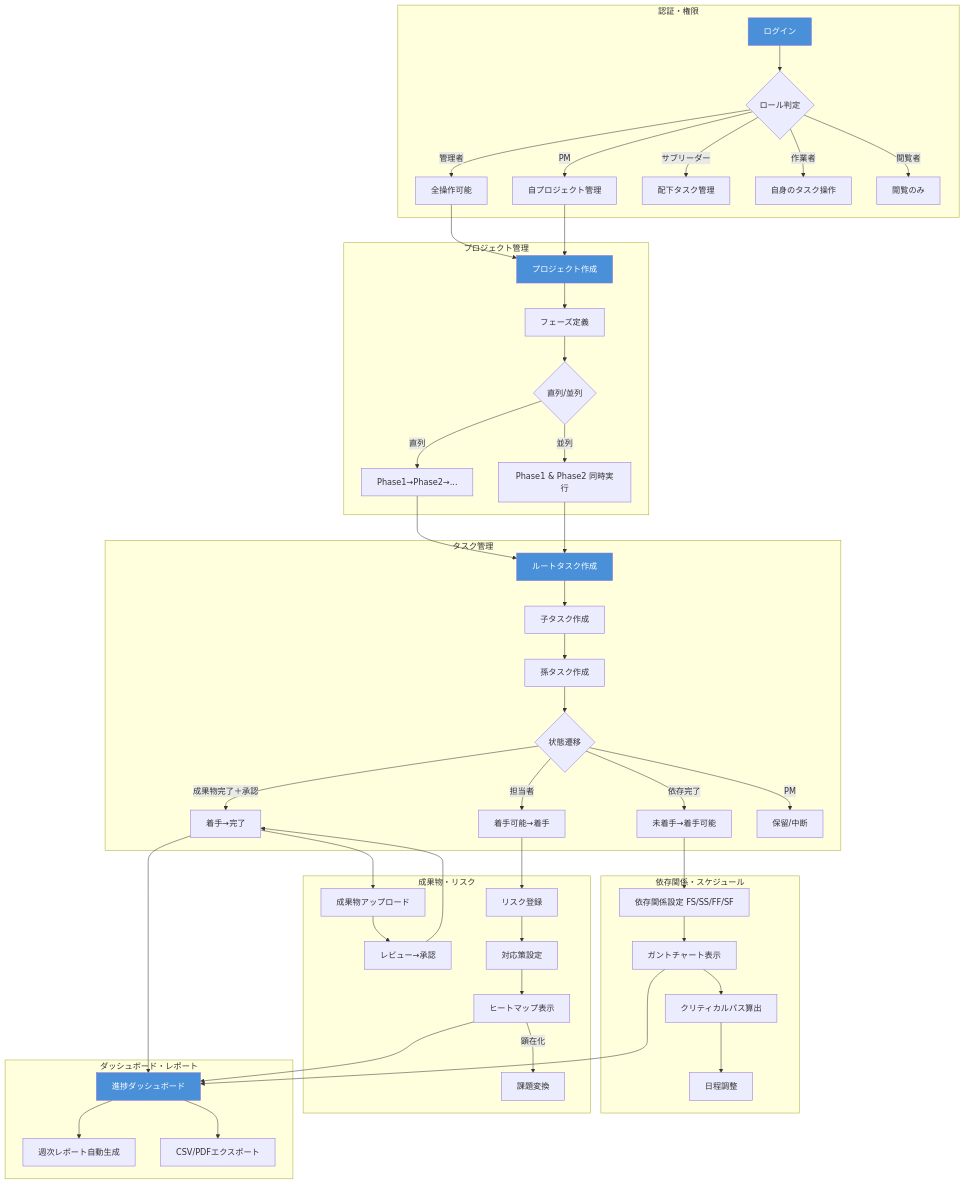
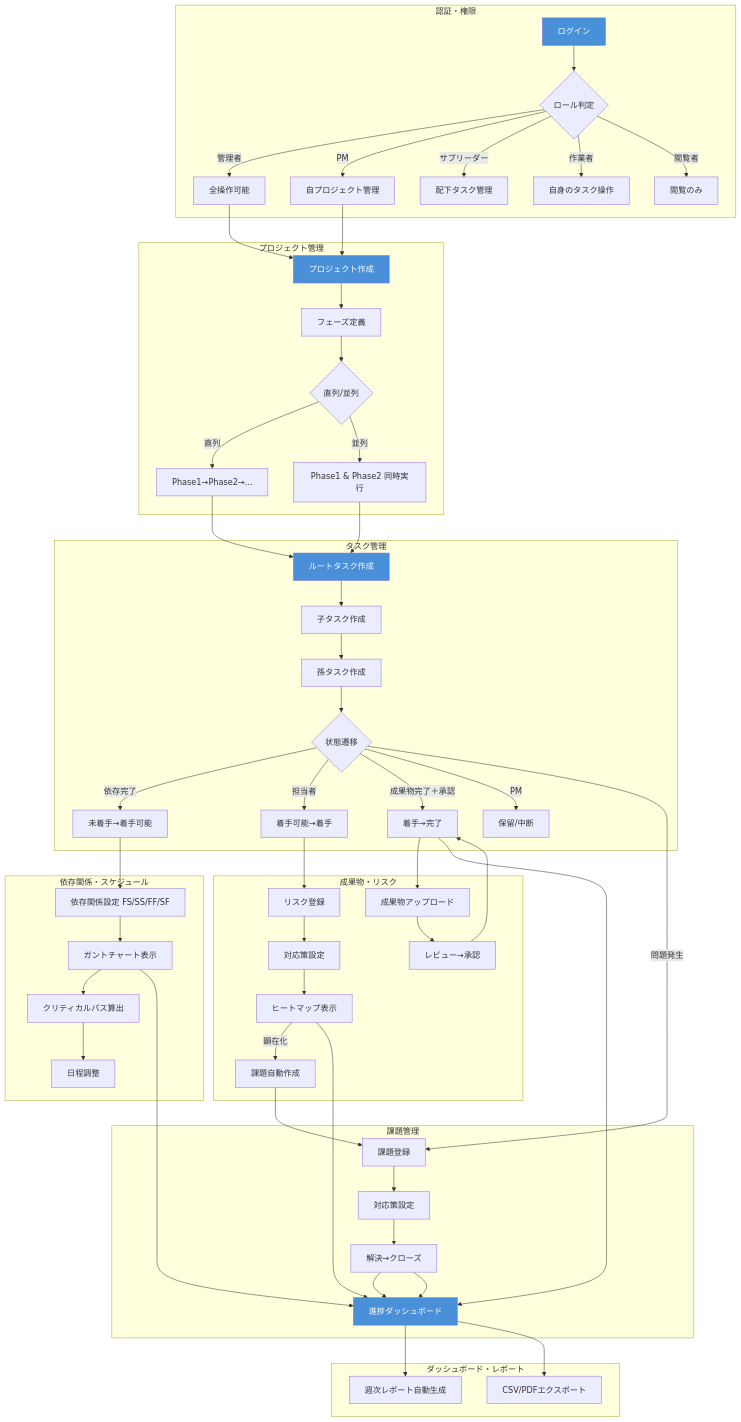
One commit to lclnote/pdm changed the diagram in docs/system-flow.md. Above: the diagram before and after it, drawn with Mermaid. The commit also changed 1 other file, not shown here.

Commit message:
Add: 課題（Issue）管理 要件+フロー図

````diff
--- a/docs/system-flow.md
+++ b/docs/system-flow.md
@@ -3,62 +3,71 @@
 ```mermaid
 graph TB
   subgraph "認証・権限"
     A[ログイン] --> B{ロール判定}
     B -->|管理者| C[全操作可能]
     B -->|PM| D[自プロジェクト管理]
     B -->|サブリーダー| E[配下タスク管理]
     B -->|作業者| F[自身のタスク操作]
     B -->|閲覧者| G[閲覧のみ]
   end
 
   subgraph "プロジェクト管理"
     C --> H[プロジェクト作成]
     D --> H
     H --> I[フェーズ定義]
     I --> J{直列/並列}
     J -->|直列| K[Phase1→Phase2→...]
     J -->|並列| L[Phase1 & Phase2 同時実行]
   end
 
   subgraph "タスク管理"
     K --> M[ルートタスク作成]
     L --> M
     M --> N[子タスク作成]
     N --> O[孫タスク作成]
     O --> P{状態遷移}
     P -->|依存完了| Q[未着手→着手可能]
     P -->|担当者| R[着手可能→着手]
     P -->|成果物完了＋承認| S[着手→完了]
     P -->|PM| T[保留/中断]
   end
 
   subgraph "依存関係・スケジュール"
     Q --> U[依存関係設定 FS/SS/FF/SF]
     U --> V[ガントチャート表示]
     V --> W[クリティカルパス算出]
     W --> X[日程調整]
   end
 
   subgraph "成果物・リスク"
     S --> Y[成果物アップロード]
     Y --> Z[レビュー→承認]
     Z --> S
     R --> RA[リスク登録]
     RA --> RB[対応策設定]
     RB --> RC[ヒートマップ表示]
-    RC -->|顕在化| RD[課題変換]
+    RC -->|顕在化| IS[課題自動作成]
+  end
+
+  subgraph "課題管理"
+    IS --> I2[課題登録]
+    P -->|問題発生| I2
+    I2 --> I3[対応策設定]
+    I3 --> I4[解決→クローズ]
+    I4 --> DB
   end
 
   subgraph "ダッシュボード・レポート"
     V --> DB[進捗ダッシュボード]
     S --> DB
     RC --> DB
+    I4 --> DB
     DB --> RE[週次レポート自動生成]
     DB --> EX[CSV/PDFエクスポート]
   end
 
   style A fill:#4a90d9,color:#fff
   style H fill:#4a90d9,color:#fff
   style M fill:#4a90d9,color:#fff
   style DB fill:#4a90d9,color:#fff
 ```
````
